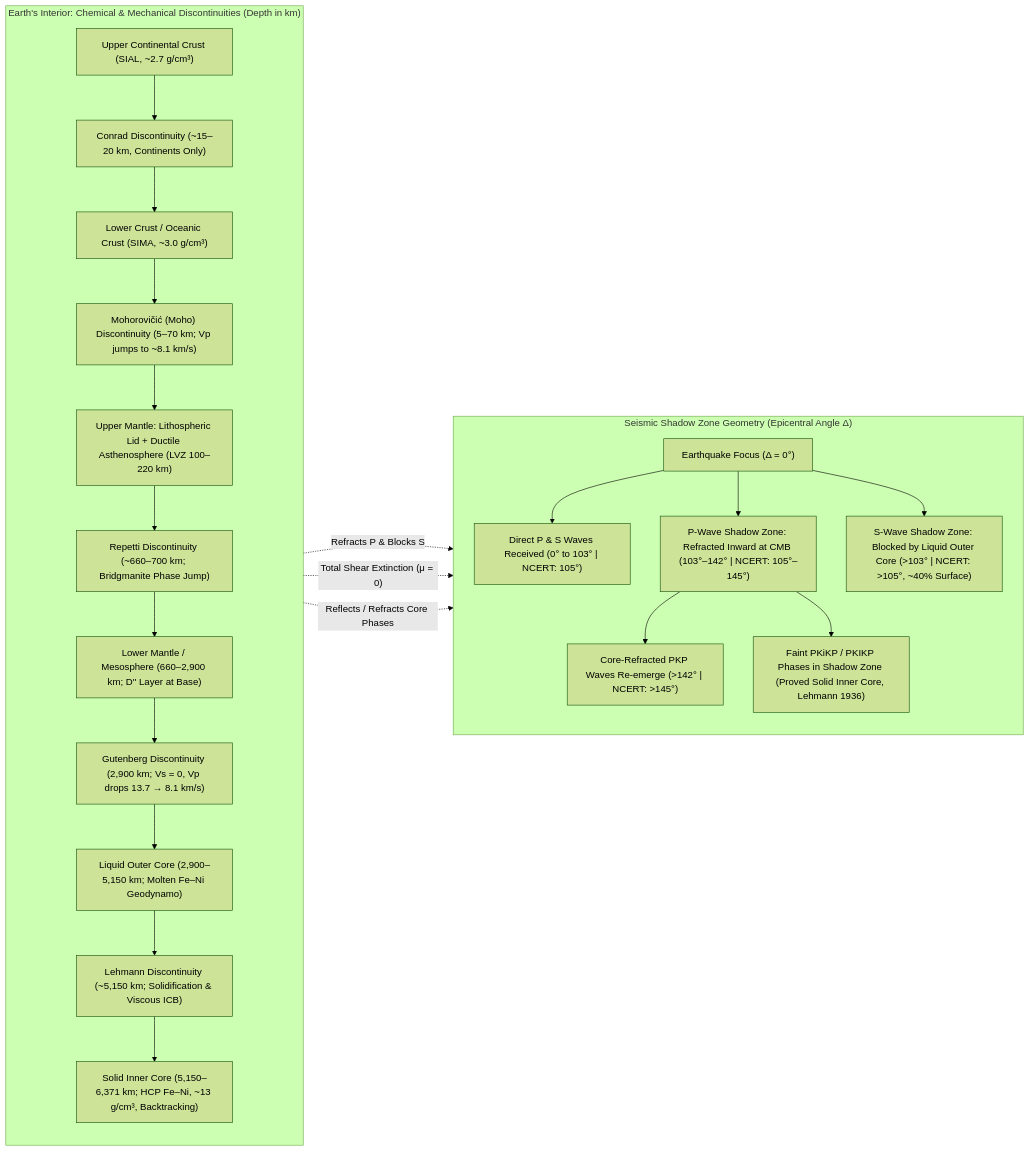
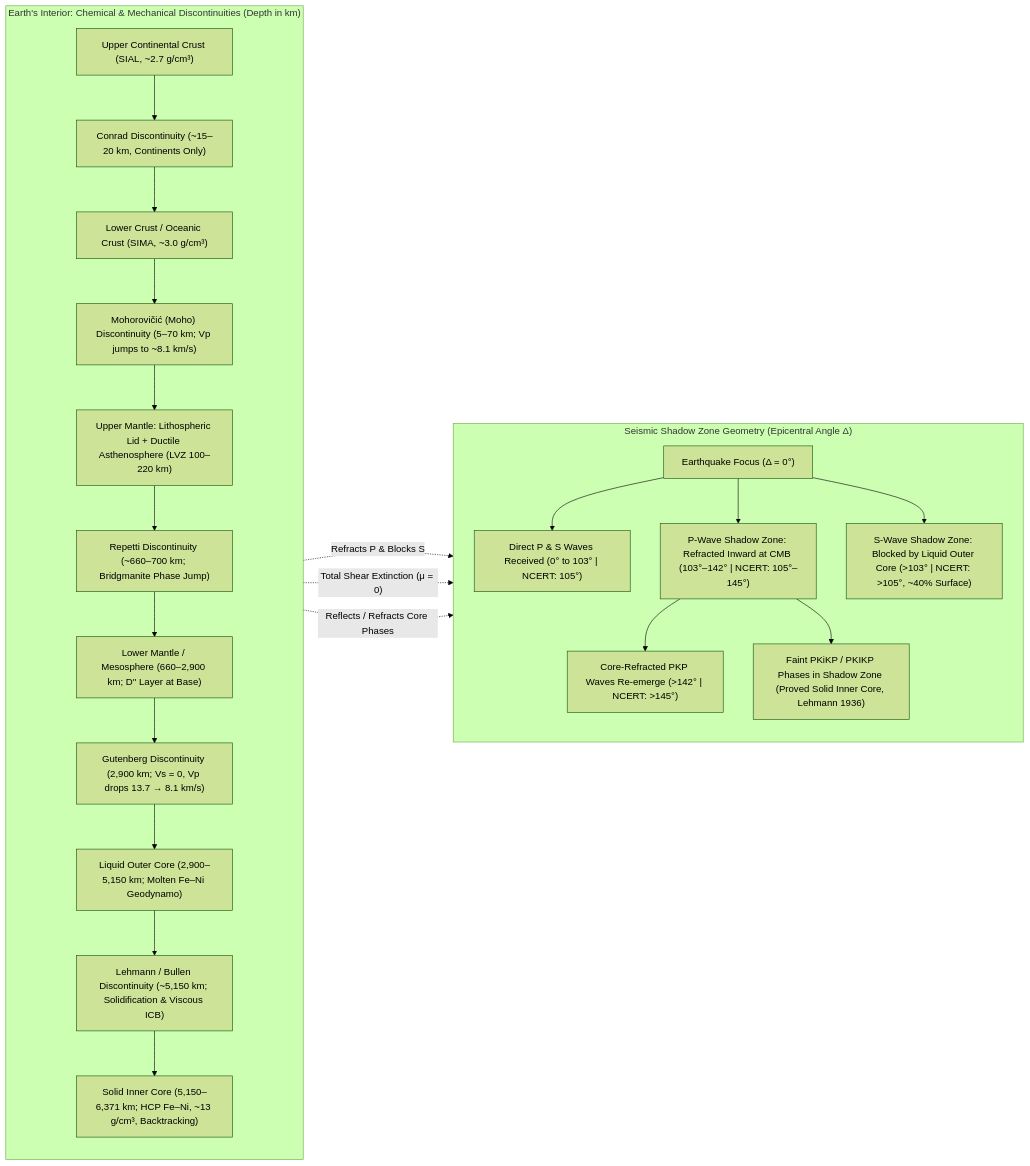
Before and after one commit to Storm-fyre/Tachylite: the diagram in vaults/web/Civil Service/4. Geography/1. Planetary Origin, Geological Time, Earth's Interior & Geomagnetic Dynamics.md, drawn with Mermaid (forest theme). The commit also changed other lines of this file and 197 other files, not shown here.

````diff
--- a/vaults/web/Civil Service/4. Geography/1. Planetary Origin, Geological Time, Earth's Interior & Geomagnetic Dynamics.md
+++ b/vaults/web/Civil Service/4. Geography/1. Planetary Origin, Geological Time, Earth's Interior & Geomagnetic Dynamics.md
@@ -167,39 +167,39 @@
 ```mermaid
 flowchart LR
     subgraph Layers["Earth's Interior: Chemical & Mechanical Discontinuities (Depth in km)"]
         direction TB
         C1["Upper Continental Crust (SIAL, ~2.7 g/cm³)"]
         D1["Conrad Discontinuity (~15–20 km, Continents Only)"]
         C2["Lower Crust / Oceanic Crust (SIMA, ~3.0 g/cm³)"]
         D2["Mohorovičić (Moho) Discontinuity (5–70 km; Vp jumps to ~8.1 km/s)"]
         M1["Upper Mantle: Lithospheric Lid + Ductile Asthenosphere (LVZ 100–220 km)"]
         D3["Repetti Discontinuity (~660–700 km; Bridgmanite Phase Jump)"]
         M2["Lower Mantle / Mesosphere (660–2,900 km; D'' Layer at Base)"]
         D4["Gutenberg Discontinuity (2,900 km; Vs = 0, Vp drops 13.7 → 8.1 km/s)"]
         OC["Liquid Outer Core (2,900–5,150 km; Molten Fe–Ni Geodynamo)"]
-        D5["Lehmann Discontinuity (~5,150 km; Solidification & Viscous ICB)"]
+        D5["Lehmann / Bullen Discontinuity (~5,150 km; Solidification & Viscous ICB)"]
         IC["Solid Inner Core (5,150–6,371 km; HCP Fe–Ni, ~13 g/cm³, Backtracking)"]
 
         C1 --> D1 --> C2 --> D2 --> M1 --> D3 --> M2 --> D4 --> OC --> D5 --> IC
     end
 
     subgraph Shadow["Seismic Shadow Zone Geometry (Epicentral Angle Δ)"]
         direction TB
         EQ["Earthquake Focus (Δ = 0°)"]
         Z1["Direct P & S Waves Received (0° to 103° | NCERT: 105°)"]
         Z2["P-Wave Shadow Zone: Refracted Inward at CMB (103°–142° | NCERT: 105°–145°)"]
         Z3["S-Wave Shadow Zone: Blocked by Liquid Outer Core (>103° | NCERT: >105°, ~40% Surface)"]
         Z4["Core-Refracted PKP Waves Re-emerge (>142° | NCERT: >145°)"]
         Z5["Faint PKiKP / PKIKP Phases in Shadow Zone (Proved Solid Inner Core, Lehmann 1936)"]
 
         EQ --> Z1
         EQ --> Z2
         EQ --> Z3
         Z2 --> Z4
         Z2 --> Z5
     end
 
     D4 -. "Refracts P & Blocks S" .-> Z2
     D4 -. "Total Shear Extinction (μ = 0)" .-> Z3
     D5 -. "Reflects / Refracts Core Phases" .-> Z5
 ```
````
